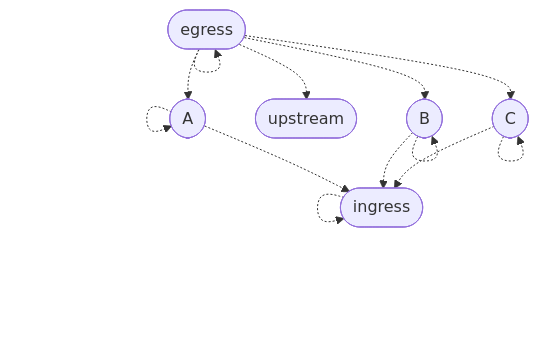
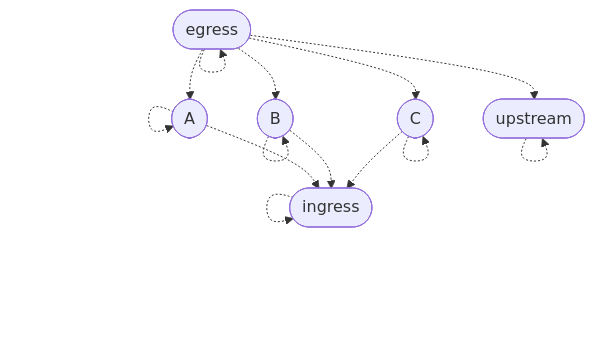
One commit to stepchowfun/proofs changed diagram 22 of 25 in proofs/AdmissibilityGraph/README.md. Above: the diagram before and after it, drawn with Mermaid. The commit also changed other lines of this file, not shown here.

Commit message:
Wordsmith the admissibility graph README

````diff
--- a/proofs/AdmissibilityGraph/README.md
+++ b/proofs/AdmissibilityGraph/README.md
@@ -440,22 +441,23 @@
 ```mermaid
 flowchart TD
   e([egress])
   i([ingress])
   a([A])
   b([B])
   c([C])
   up([upstream])
 
   e -.-> e
   i -.-> i
   a -.-> a
   b -.-> b
   c -.-> c
+  up -.-> up
   e -.-> a
   e -.-> b
   e -.-> c
   a -.-> i
   b -.-> i
   c -.-> i
   e -.-> up
 ```
````
